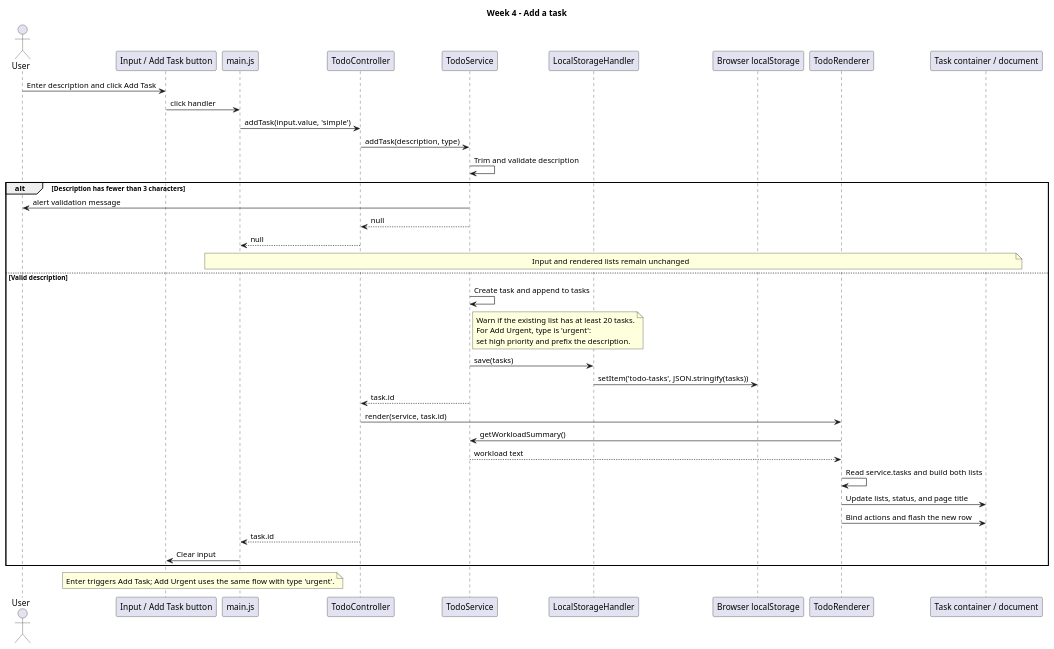
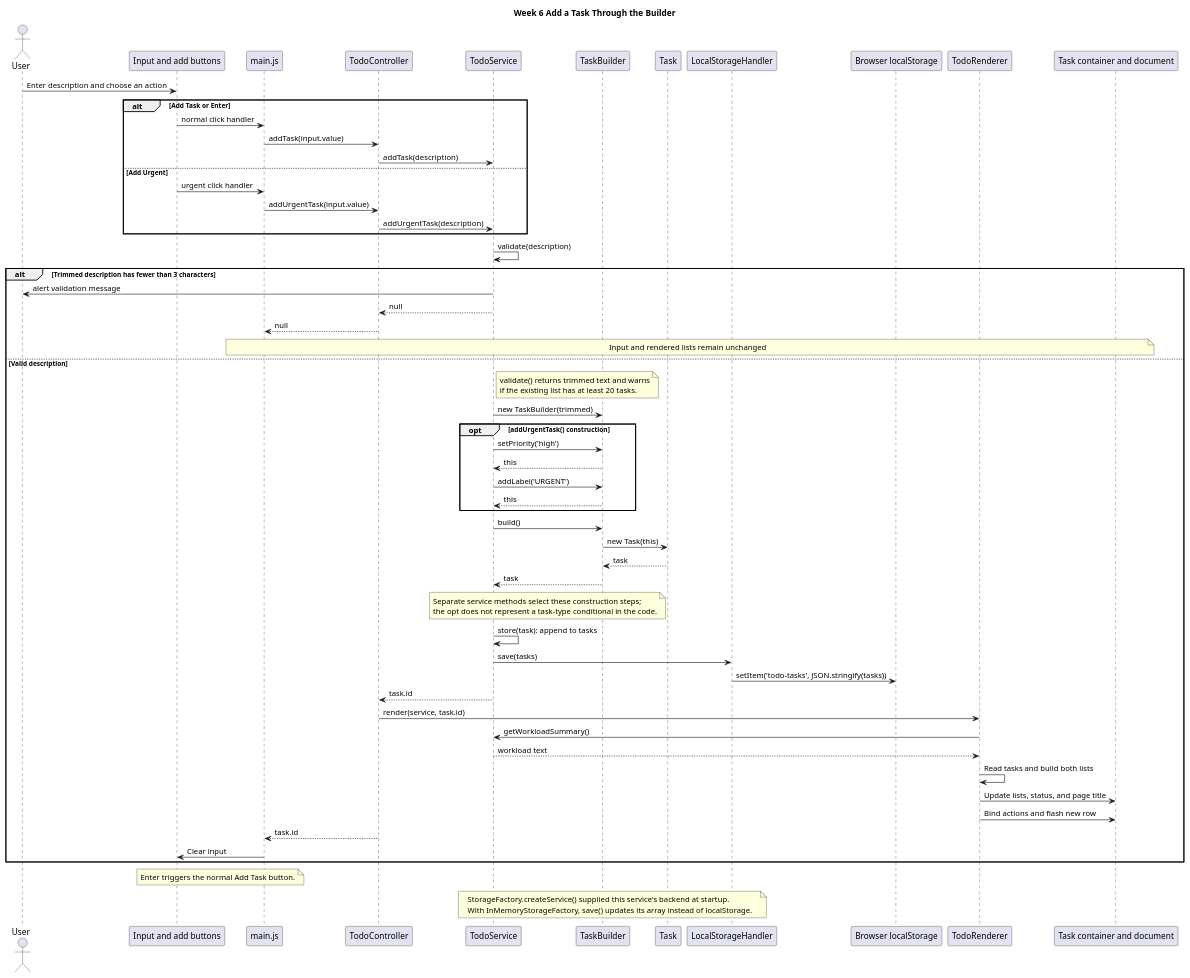
The diagram in docs/sequence-add-task.puml (granitllugiqi/swen383-todo), drawn with PlantUML before and after one commit. The commit also changed 3 other files, not shown here.

Commit message:
docs: complete Week 6 pattern diagrams and browser verification

```diff
--- a/docs/sequence-add-task.puml
+++ b/docs/sequence-add-task.puml
@@ -1,45 +1,71 @@
 @startuml SequenceAddTask
-title Week 4 - Add a task
+title Week 6 Add a Task Through the Builder
 actor User
-participant "Input / Add Task button" as UI
+participant "Input and add buttons" as UI
 participant "main.js" as Main
 participant TodoController as Controller
 participant TodoService as Service
+participant TaskBuilder as Builder
+participant Task
 participant LocalStorageHandler as Storage
 participant "Browser localStorage" as BrowserStorage
 participant TodoRenderer as Renderer
-participant "Task container / document" as Page
+participant "Task container and document" as Page
 
-User -> UI : Enter description and click Add Task
-UI -> Main : click handler
-Main -> Controller : addTask(input.value, 'simple')
-Controller -> Service : addTask(description, type)
-Service -> Service : Trim and validate description
+User -> UI : Enter description and choose an action
+alt Add Task or Enter
+  UI -> Main : normal click handler
+  Main -> Controller : addTask(input.value)
+  Controller -> Service : addTask(description)
+else Add Urgent
+  UI -> Main : urgent click handler
+  Main -> Controller : addUrgentTask(input.value)
+  Controller -> Service : addUrgentTask(description)
+end
+Service -> Service : validate(description)
 
-alt Description has fewer than 3 characters
+alt Trimmed description has fewer than 3 characters
   Service -> User : alert validation message
   Service --> Controller : null
   Controller --> Main : null
   note over Main, Page : Input and rendered lists remain unchanged
 else Valid description
-  Service -> Service : Create task and append to tasks
   note right of Service
-    Warn if the existing list has at least 20 tasks.
-    For Add Urgent, type is 'urgent':
-    set high priority and prefix the description.
+    validate() returns trimmed text and warns
+    if the existing list has at least 20 tasks.
   end note
+  Service -> Builder : new TaskBuilder(trimmed)
+  opt addUrgentTask() construction
+    Service -> Builder : setPriority('high')
+    Builder --> Service : this
+    Service -> Builder : addLabel('URGENT')
+    Builder --> Service : this
+  end
+  Service -> Builder : build()
+  Builder -> Task : new Task(this)
+  Task --> Builder : task
+  Builder --> Service : task
+  note over Service, Builder
+    Separate service methods select these construction steps;
+    the opt does not represent a task-type conditional in the code.
+  end note
+  Service -> Service : store(task): append to tasks
   Service -> Storage : save(tasks)
   Storage -> BrowserStorage : setItem('todo-tasks', JSON.stringify(tasks))
   Service --> Controller : task.id
   Controller -> Renderer : render(service, task.id)
   Renderer -> Service : getWorkloadSummary()
   Service --> Renderer : workload text
-  Renderer -> Renderer : Read service.tasks and build both lists
+  Renderer -> Renderer : Read tasks and build both lists
   Renderer -> Page : Update lists, status, and page title
-  Renderer -> Page : Bind actions and flash the new row
+  Renderer -> Page : Bind actions and flash new row
   Controller --> Main : task.id
   Main -> UI : Clear input
 end
 
-note over UI, Main : Enter triggers Add Task; Add Urgent uses the same flow with type 'urgent'.
+note over UI, Main : Enter triggers the normal Add Task button.
+note over Service, Storage
+  StorageFactory.createService() supplied this service's backend at startup.
+  With InMemoryStorageFactory, save() updates its array instead of localStorage.
+end note
 @enduml
```
